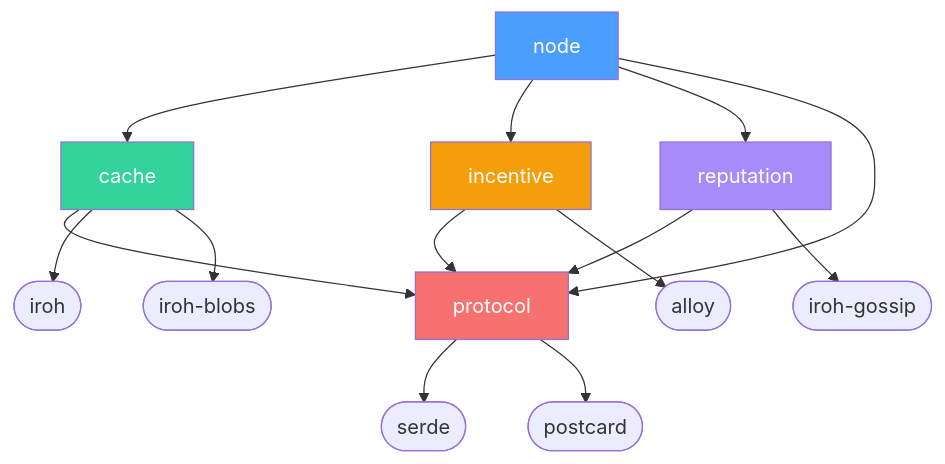
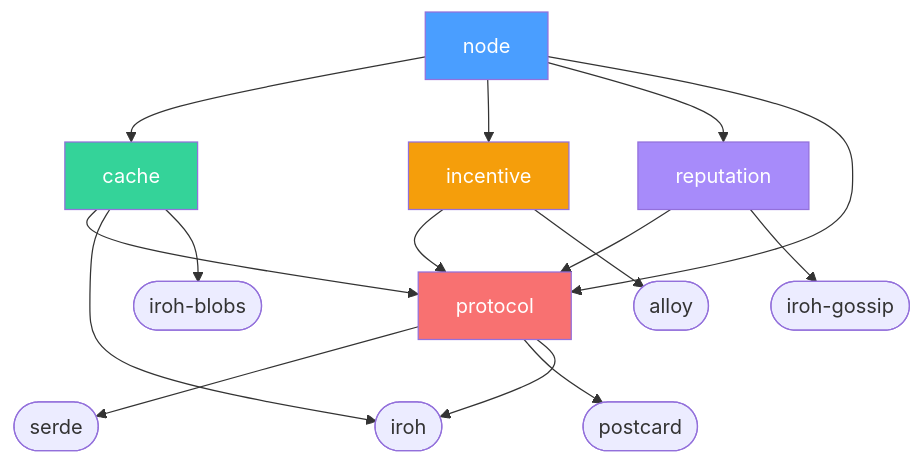
The third of 3 diagrams in adr/architecture.md (decdn/decdn), drawn with Mermaid before and after one commit. The commit also changed 1 other file, not shown here.

Commit message:
docs: address PR review feedback on Mermaid diagrams
Add missing protocol --> iroh dependency in architecture diagram.
Use full XChaCha20-Poly1305 AEAD name in encryption flow diagram.

````diff
--- a/adr/architecture.md
+++ b/adr/architecture.md
@@ -257,39 +257,40 @@
 ```mermaid
 graph TD
     node[node]
     cache[cache]
     incentive[incentive]
     reputation[reputation]
     protocol[protocol]
 
     iroh([iroh])
     iroh_blobs([iroh-blobs])
     iroh_gossip([iroh-gossip])
     alloy([alloy])
     serde([serde])
     postcard([postcard])
 
     node --> cache
     node --> incentive
     node --> reputation
     node --> protocol
 
     cache --> protocol
     cache --> iroh
     cache --> iroh_blobs
 
     incentive --> protocol
     incentive --> alloy
 
     reputation --> protocol
     reputation --> iroh_gossip
 
     protocol --> serde
     protocol --> postcard
+    protocol --> iroh
 
     style node fill:#4a9eff,color:#fff
     style cache fill:#34d399,color:#fff
     style incentive fill:#f59e0b,color:#fff
     style reputation fill:#a78bfa,color:#fff
     style protocol fill:#f87171,color:#fff
 ```
````
